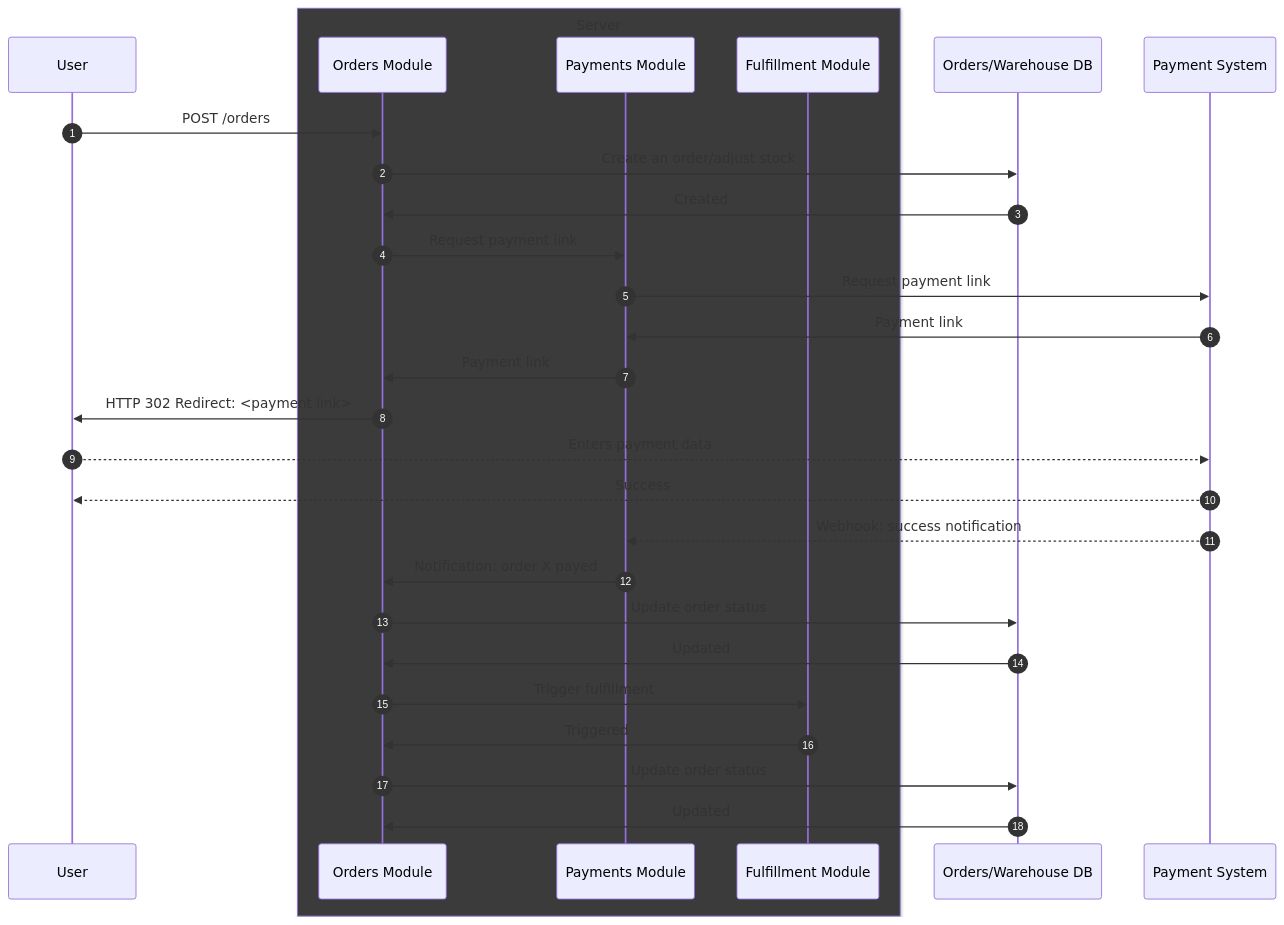
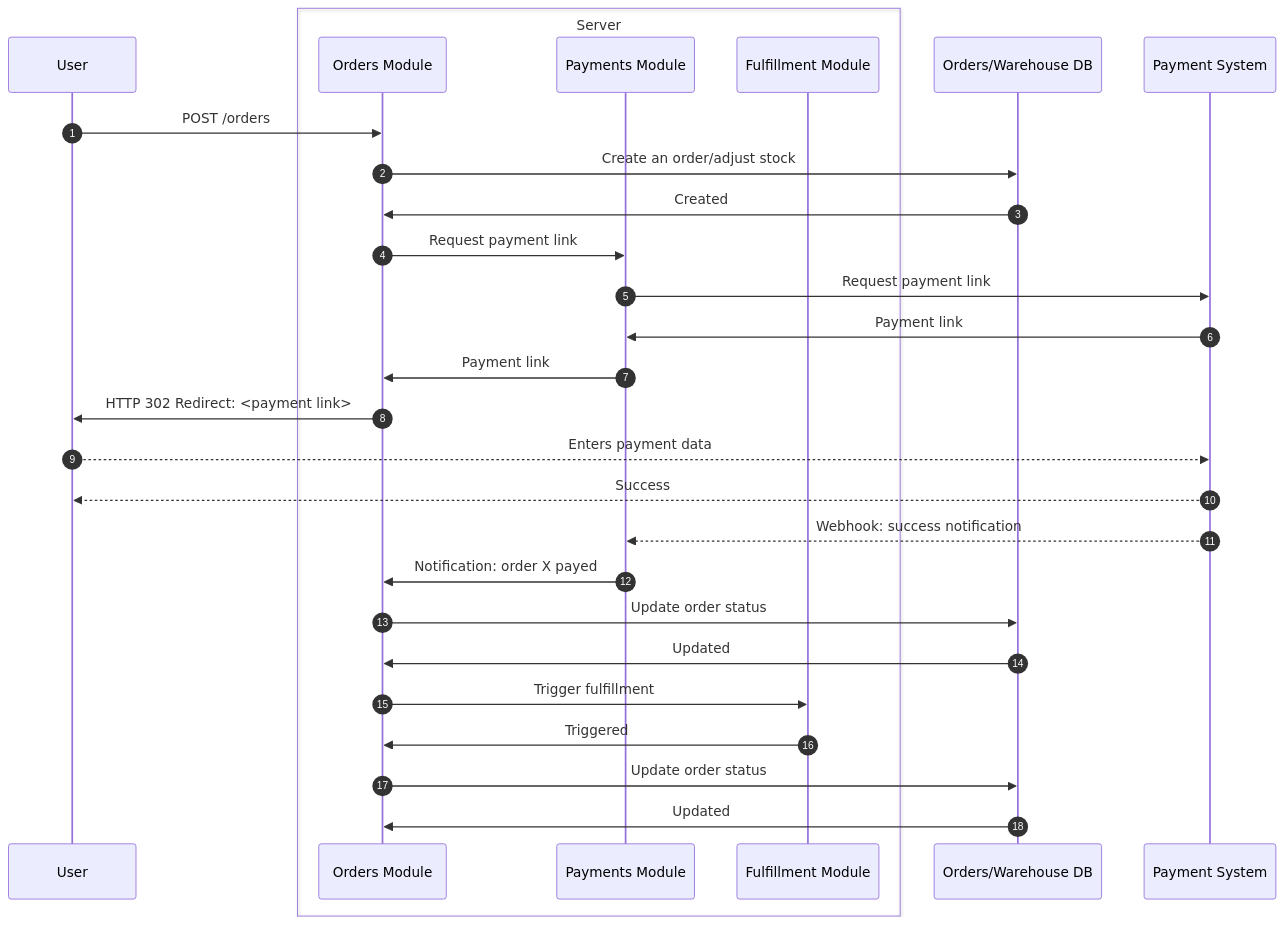
One commit to Mykhalskyi/AltusNovaTestTask changed the diagram in sequence_diagrams/order.mmd. Above: the diagram before and after it, drawn with Mermaid.

Commit message:
remove background in diagram

```diff
--- a/sequence_diagrams/order.mmd
+++ b/sequence_diagrams/order.mmd
@@ -1,30 +1,30 @@
 sequenceDiagram
     autonumber
 
     participant User
-    box rgb(59,59,59) Server
+    box Server
     participant Orders Module
     participant Payments Module
     participant Fulfillment Module
     end
     participant Orders/Warehouse DB
     participant Payment System
 
     User->>Orders Module: POST /orders
     Orders Module->>Orders/Warehouse DB: Create an order/adjust stock
     Orders/Warehouse DB->>Orders Module: Created
     Orders Module->>Payments Module: Request payment link
     Payments Module->>Payment System: Request payment link
     Payment System->>Payments Module: Payment link
     Payments Module->>Orders Module:  Payment link
     Orders Module->>User: HTTP 302 Redirect: <payment link>
     User-->>Payment System: Enters payment data
     Payment System-->>User: Success
     Payment System-->>Payments Module: Webhook: success notification
     Payments Module->>Orders Module: Notification: order X payed
     Orders Module->>Orders/Warehouse DB: Update order status
     Orders/Warehouse DB->>Orders Module: Updated
     Orders Module->>Fulfillment Module: Trigger fulfillment
     Fulfillment Module->>Orders Module: Triggered
     Orders Module->>Orders/Warehouse DB: Update order status
     Orders/Warehouse DB->>Orders Module: Updated
```
